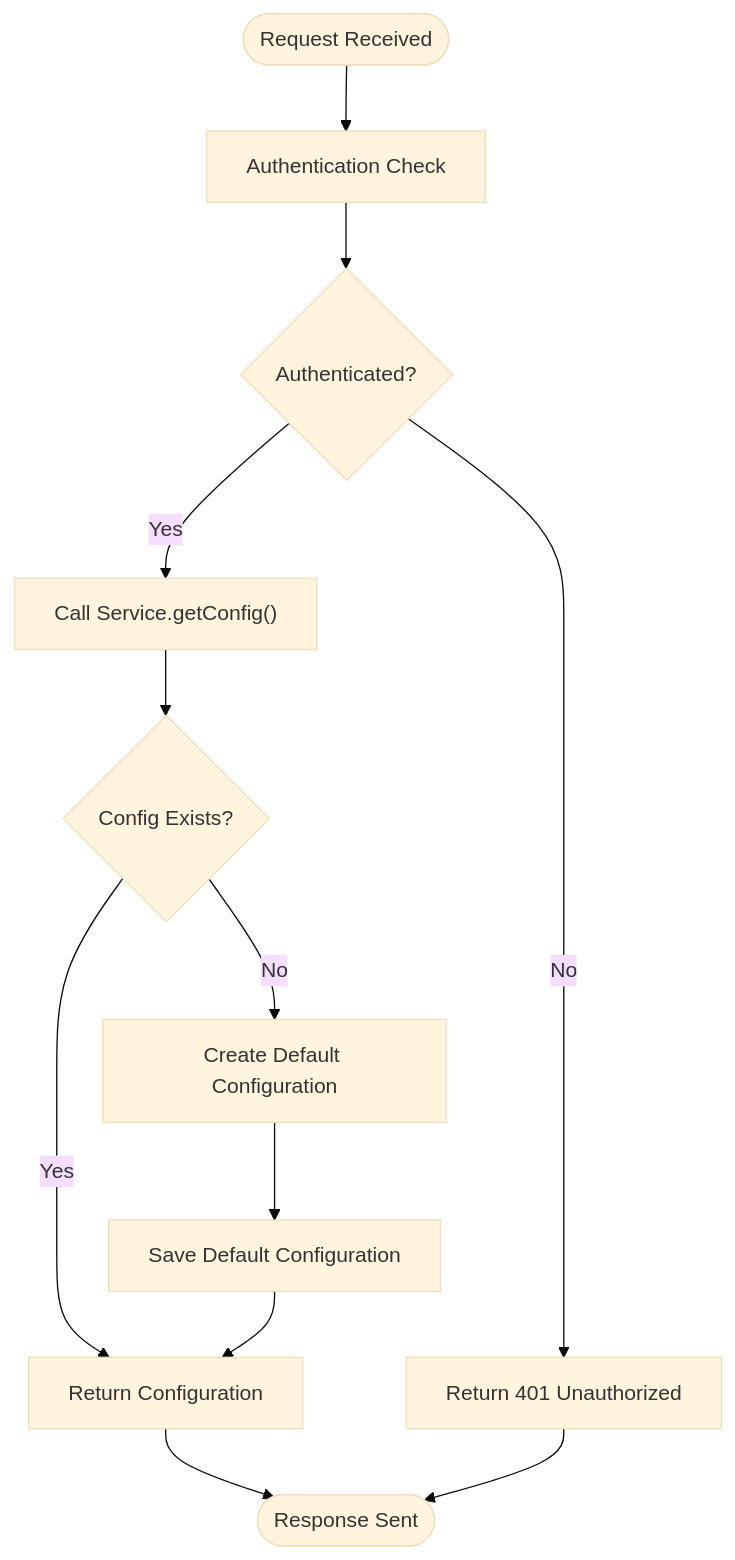
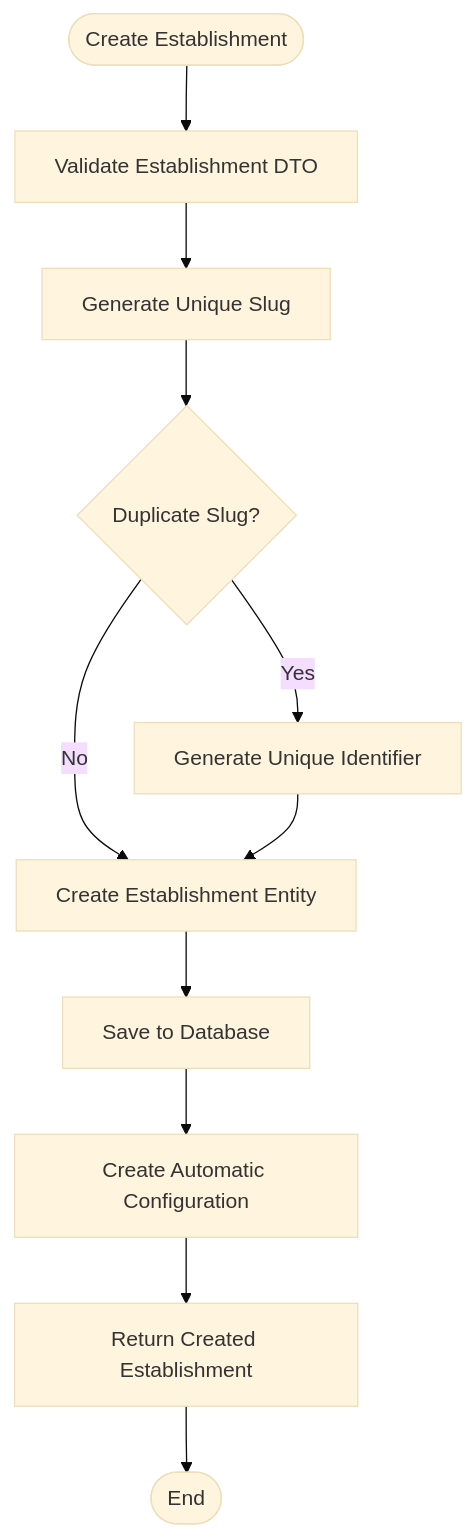
Before and after one commit to franckylab/eLISAschool: the sixth of 11 diagrams in .qoder/repowiki/en/content/Modules & Features/Administrative Modules/Establishment Management.md, drawn with Mermaid (base theme). The commit also changed other lines of this file and 126 other files, not shown here.

````diff
--- a/.qoder/repowiki/en/content/Modules & Features/Administrative Modules/Establishment Management.md
+++ b/.qoder/repowiki/en/content/Modules & Features/Administrative Modules/Establishment Management.md
@@ -235,14 +280,13 @@
 ```mermaid
 flowchart TD
-Start([Request Received]) --> AuthCheck["Authentication Check"]
-AuthCheck --> AuthOK{"Authenticated?"}
-AuthOK --> |No| Error401["Return 401 Unauthorized"]
-AuthOK --> |Yes| GetConfig["Call Service.getConfig()"]
-GetConfig --> ConfigFound{"Config Exists?"}
-ConfigFound --> |Yes| ReturnSuccess["Return Configuration"]
-ConfigFound --> |No| CreateDefault["Create Default Configuration"]
-CreateDefault --> SaveDefault["Save Default Configuration"]
-SaveDefault --> ReturnSuccess
-ReturnSuccess --> End([Response Sent])
-Error401 --> End
+Start([Create Establishment]) --> ValidateDTO["Validate Establishment DTO"]
+ValidateDTO --> GenerateSlug["Generate Unique Slug"]
+GenerateSlug --> CheckDuplicate{"Duplicate Slug?"}
+CheckDuplicate --> |Yes| GenerateUnique["Generate Unique Identifier"]
+CheckDuplicate --> |No| CreateEntity["Create Establishment Entity"]
+GenerateUnique --> CreateEntity
+CreateEntity --> SaveEntity["Save to Database"]
+SaveEntity --> CreateConfig["Create Automatic Configuration"]
+CreateConfig --> ReturnSuccess["Return Created Establishment"]
+ReturnSuccess --> End([End])
 ```
````
